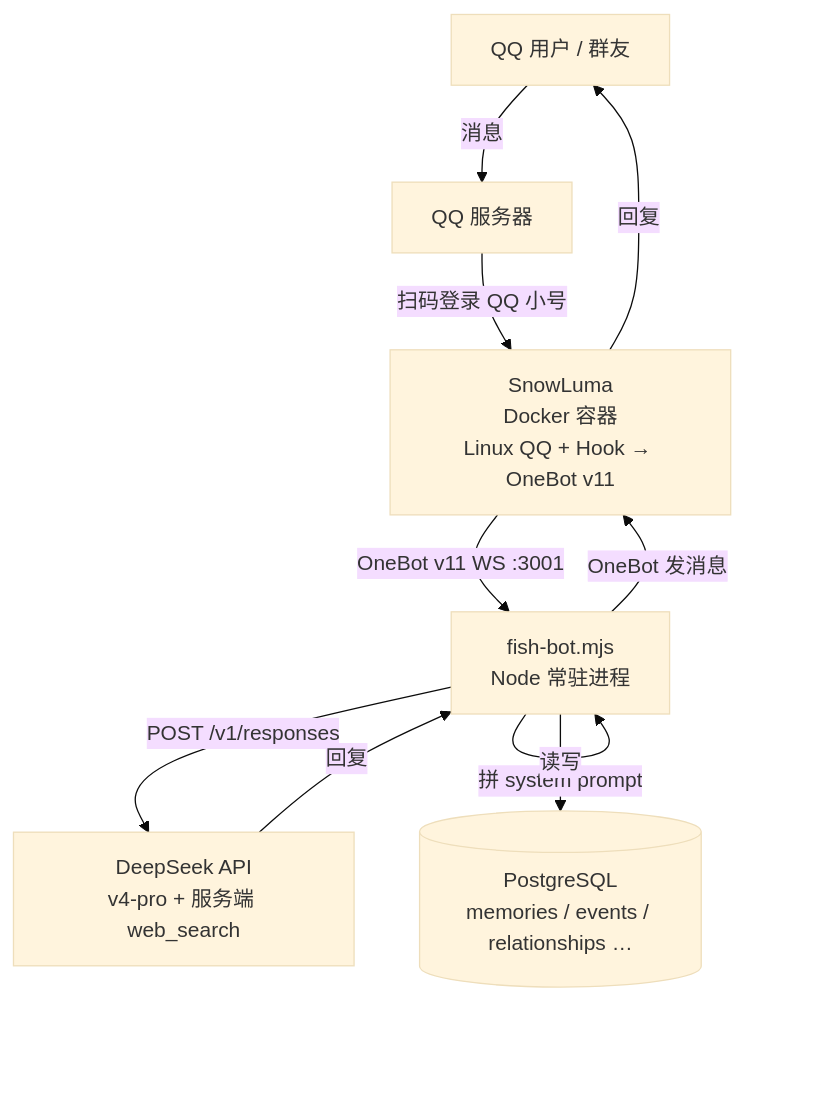
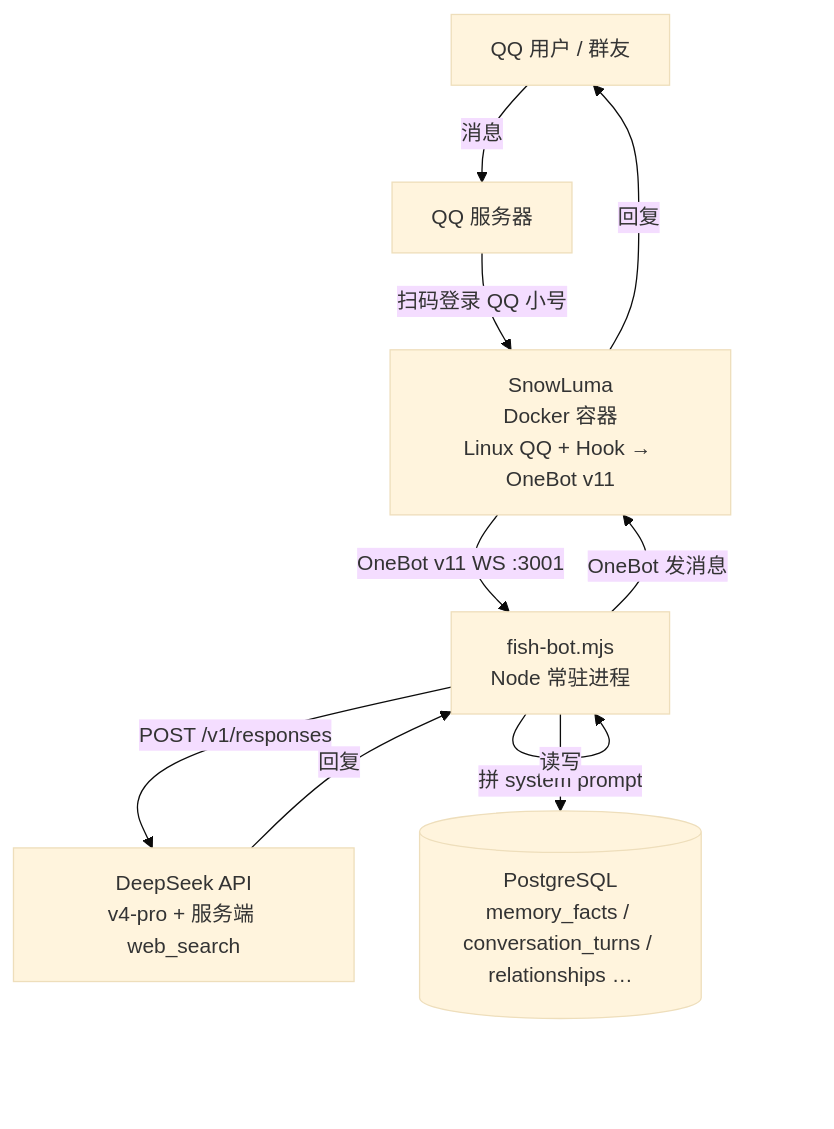
One commit to yanhanruan/naiwa-bot changed the diagram in docs/architecture.md. Above: the diagram before and after it, drawn with Mermaid (base theme). The commit also changed other lines of this file and 36 other files, not shown here.

````diff
--- a/docs/architecture.md
+++ b/docs/architecture.md
@@ -46,12 +46,12 @@
 ```mermaid
 flowchart TD
   A[QQ 用户 / 群友] -->|消息| B[QQ 服务器]
   B -->|扫码登录 QQ 小号| C[SnowLuma<br/>Docker 容器<br/>Linux QQ + Hook → OneBot v11]
   C -->|OneBot v11 WS :3001| D[fish-bot.mjs<br/>Node 常驻进程]
   D -->|拼 system prompt| D
   D -->|POST /v1/responses| E[DeepSeek API<br/>v4-pro + 服务端 web_search]
   E -->|回复| D
   D -->|OneBot 发消息| C
   C -->|回复| A
-  D -->|读写| F[(PostgreSQL<br/>memories / events / relationships …)]
+  D -->|读写| F[(PostgreSQL<br/>memory_facts / conversation_turns / relationships …)]
 ```
````
